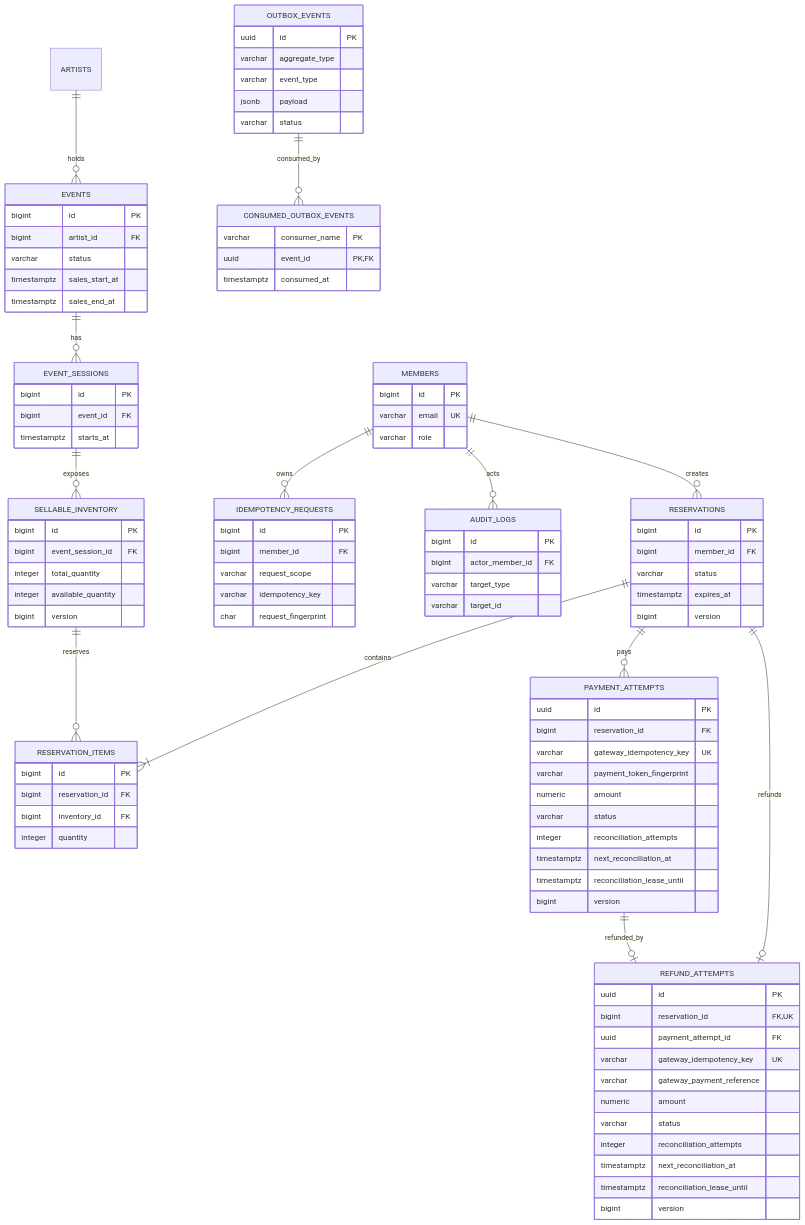
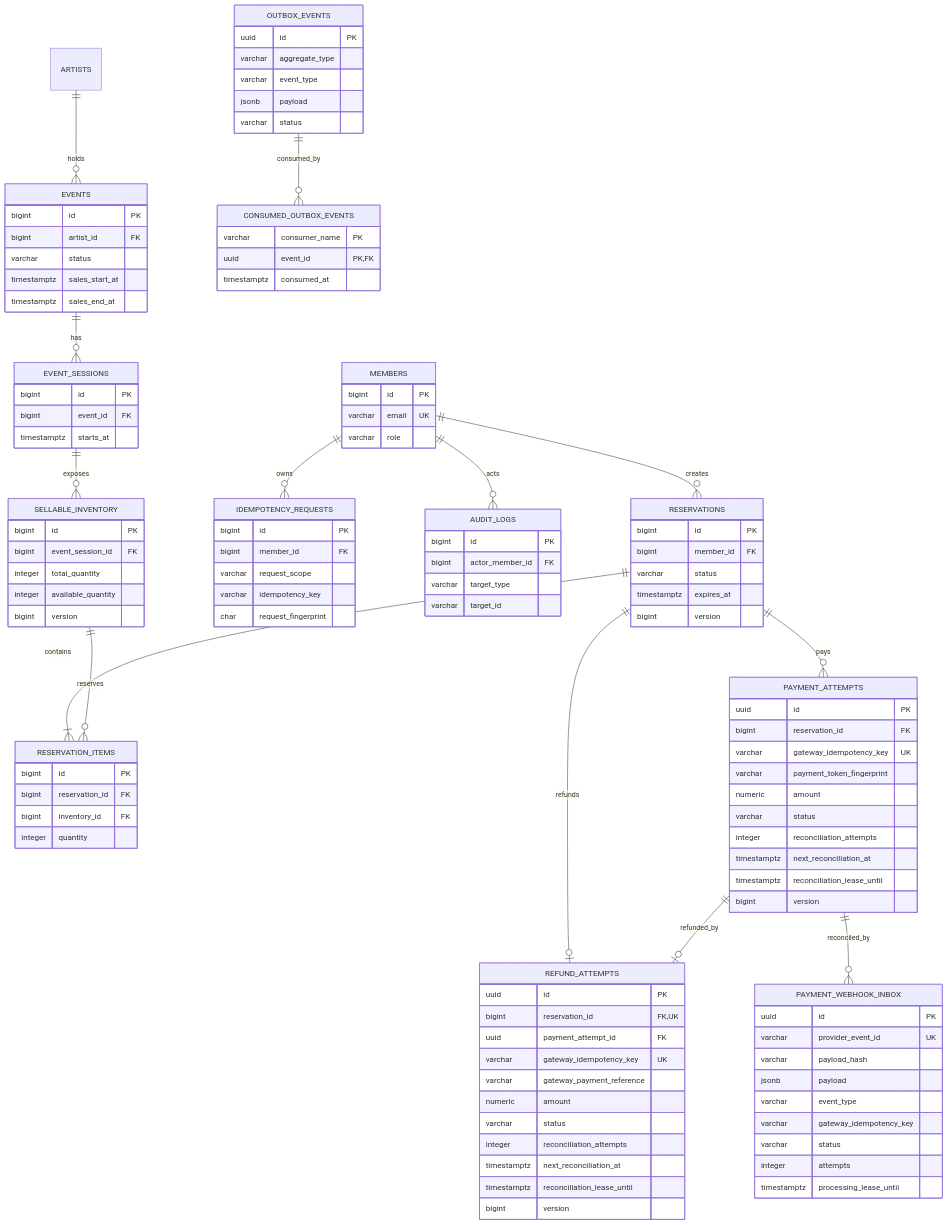
Before and after one commit to Beomballa/Ticket: the diagram in docs/architecture/erd.md, drawn with Mermaid. The commit also changed other lines of this file and 38 other files, not shown here.

```diff
--- a/docs/architecture/erd.md
+++ b/docs/architecture/erd.md
@@ -14,6 +14,7 @@
     RESERVATIONS ||--o{ PAYMENT_ATTEMPTS : pays
     RESERVATIONS ||--o| REFUND_ATTEMPTS : refunds
     PAYMENT_ATTEMPTS ||--o| REFUND_ATTEMPTS : refunded_by
+    PAYMENT_ATTEMPTS ||--o{ PAYMENT_WEBHOOK_INBOX : reconciled_by
     SELLABLE_INVENTORY ||--o{ RESERVATION_ITEMS : reserves
     OUTBOX_EVENTS ||--o{ CONSUMED_OUTBOX_EVENTS : consumed_by
 
@@ -79,6 +80,17 @@
         timestamptz reconciliation_lease_until
         bigint version
     }
+    PAYMENT_WEBHOOK_INBOX {
+        uuid id PK
+        varchar provider_event_id UK
+        varchar payload_hash
+        jsonb payload
+        varchar event_type
+        varchar gateway_idempotency_key
+        varchar status
+        integer attempts
+        timestamptz processing_lease_until
+    }
     IDEMPOTENCY_REQUESTS {
         bigint id PK
         bigint member_id FK
```
